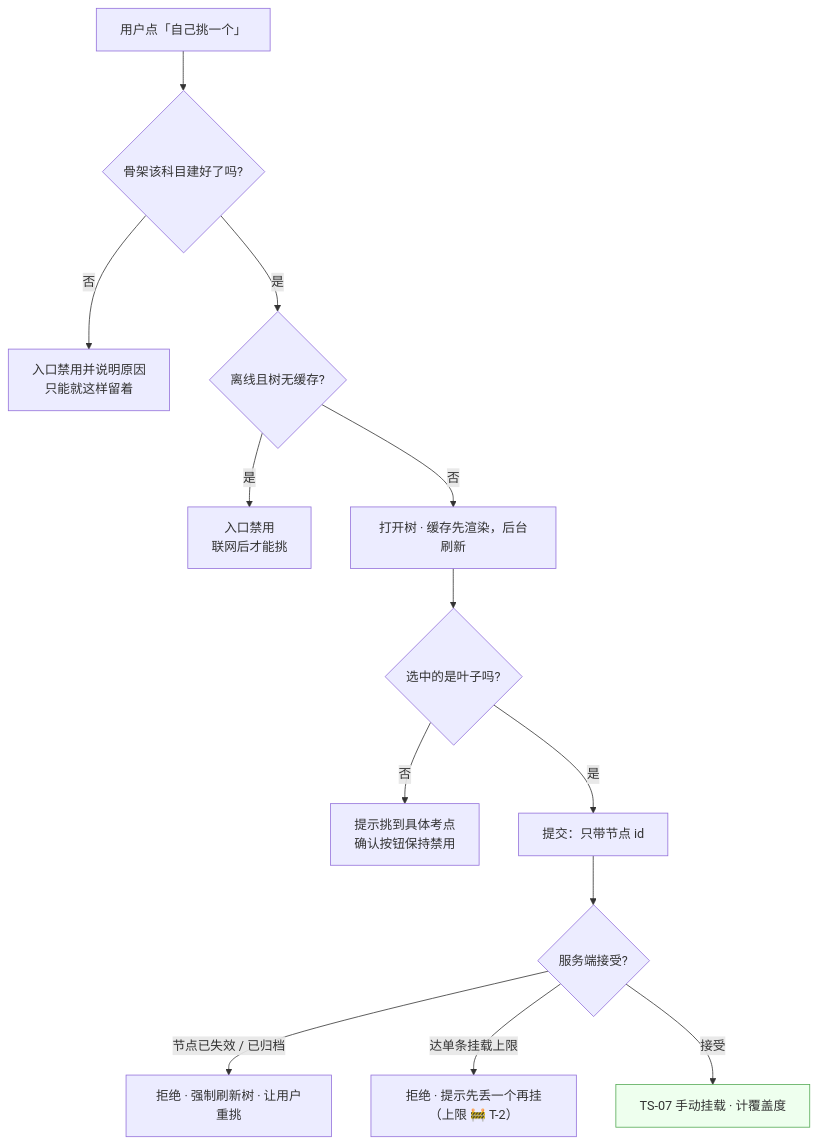
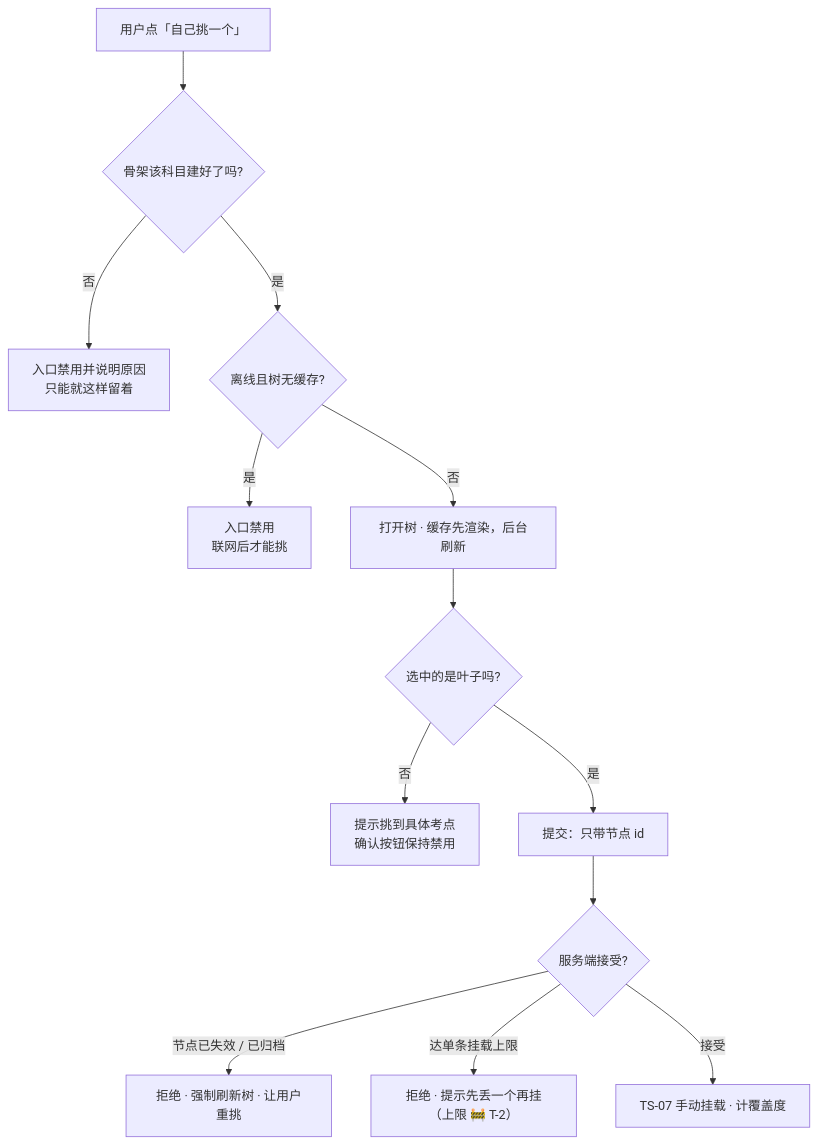
The first of 2 diagrams in docs/product/modules/M2-打标与未分类/U2.4-手动挂载.md (chenyuanjin/kubic), drawn with Mermaid before and after one commit. The commit also changed other lines of this file and 14 other files, not shown here.

First line of the commit message:
KUBI-76 终审第一批:M0-G2 落败方补齐 + TS-08 转录纠错 + 搜索端点残留 + 流程图去色

````diff
--- a/docs/product/modules/M2-打标与未分类/U2.4-手动挂载.md
+++ b/docs/product/modules/M2-打标与未分类/U2.4-手动挂载.md
@@ -98,17 +98,16 @@
 ```mermaid
 flowchart TD
     A["用户点「自己挑一个」"] --> B{"骨架该科目建好了吗?"}
     B -->|否| X1["入口禁用并说明原因<br/>只能就这样留着"]
     B -->|是| C{"离线且树无缓存?"}
     C -->|是| X2["入口禁用<br/>联网后才能挑"]
     C -->|否| D["打开树 · 缓存先渲染，后台刷新"]
     D --> E{"选中的是叶子吗?"}
     E -->|否| X3["提示挑到具体考点<br/>确认按钮保持禁用"]
     E -->|是| F["提交：只带节点 id"]
     F --> G{"服务端接受?"}
     G -->|节点已失效 / 已归档| X4["拒绝 · 强制刷新树 · 让用户重挑"]
     G -->|达单条挂载上限| X5["拒绝 · 提示先丢一个再挂（上限 🚧 T-2）"]
     G -->|接受| OK["TS-07 手动挂载 · 计覆盖度"]
 
-    style OK fill:#efe,stroke:#5a5
 ```
````
